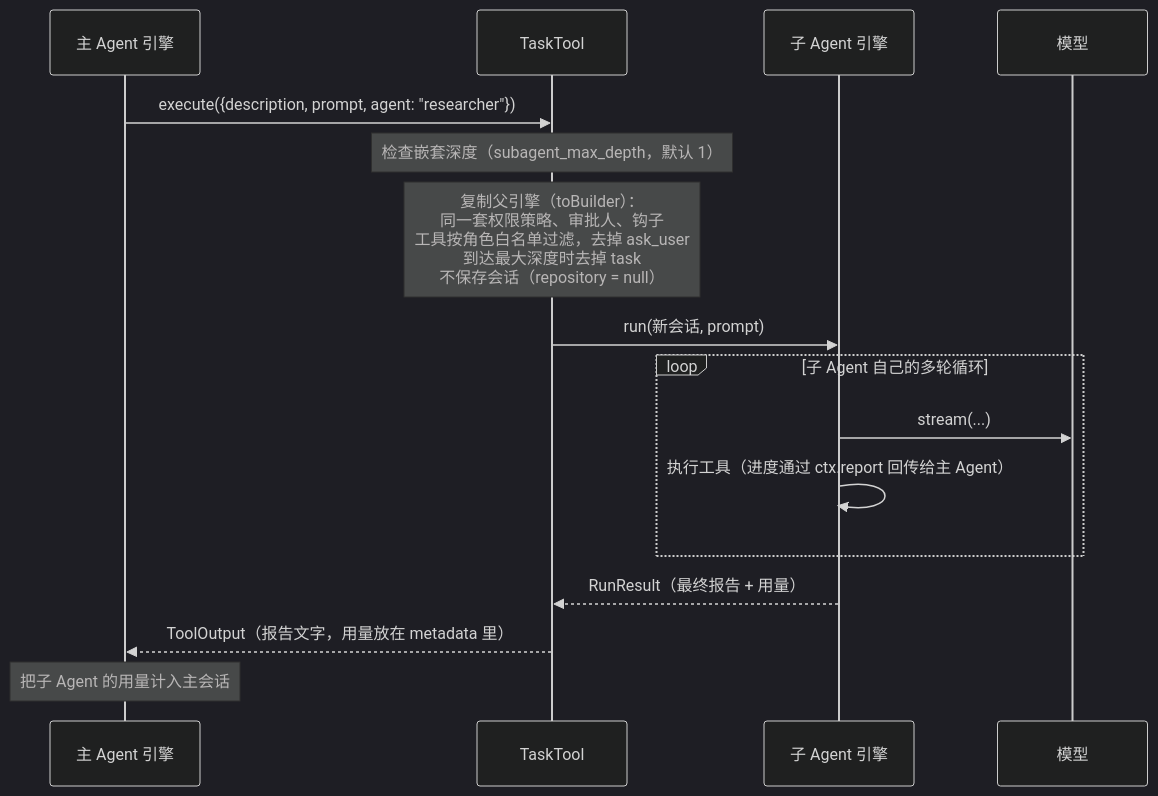
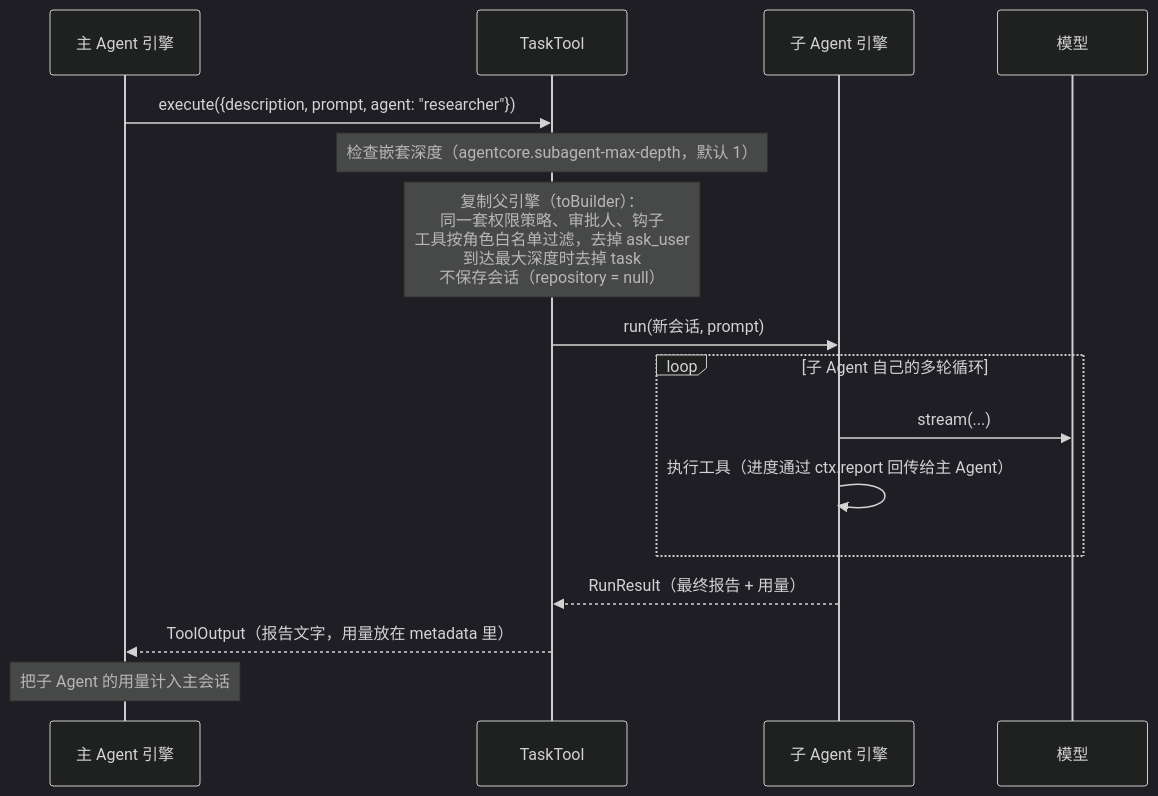
The fifth of 5 diagrams in docs/04-tools-and-permissions.md (stackJx/agent-java), drawn with Mermaid (dark theme) before and after one commit. The commit also changed other lines of this file and 40 other files, not shown here.

````diff
--- a/docs/04-tools-and-permissions.md
+++ b/docs/04-tools-and-permissions.md
@@ -251,19 +252,19 @@
 ```mermaid
 sequenceDiagram
     participant Main as 主 Agent 引擎
     participant Task as TaskTool
     participant Child as 子 Agent 引擎
     participant Model as 模型
 
     Main->>Task: execute({description, prompt, agent: "researcher"})
-    Note over Task: 检查嵌套深度（subagent_max_depth，默认 1）
+    Note over Task: 检查嵌套深度（agentcore.subagent-max-depth，默认 1）
     Note over Task: 复制父引擎（toBuilder）：<br/>同一套权限策略、审批人、钩子<br/>工具按角色白名单过滤，去掉 ask_user<br/>到达最大深度时去掉 task<br/>不保存会话（repository = null）
     Task->>Child: run(新会话, prompt)
     loop 子 Agent 自己的多轮循环
         Child->>Model: stream(...)
         Child->>Child: 执行工具（进度通过 ctx.report 回传给主 Agent）
     end
     Child-->>Task: RunResult（最终报告 + 用量）
     Task-->>Main: ToolOutput（报告文字，用量放在 metadata 里）
     Note over Main: 把子 Agent 的用量计入主会话
 ```
````
